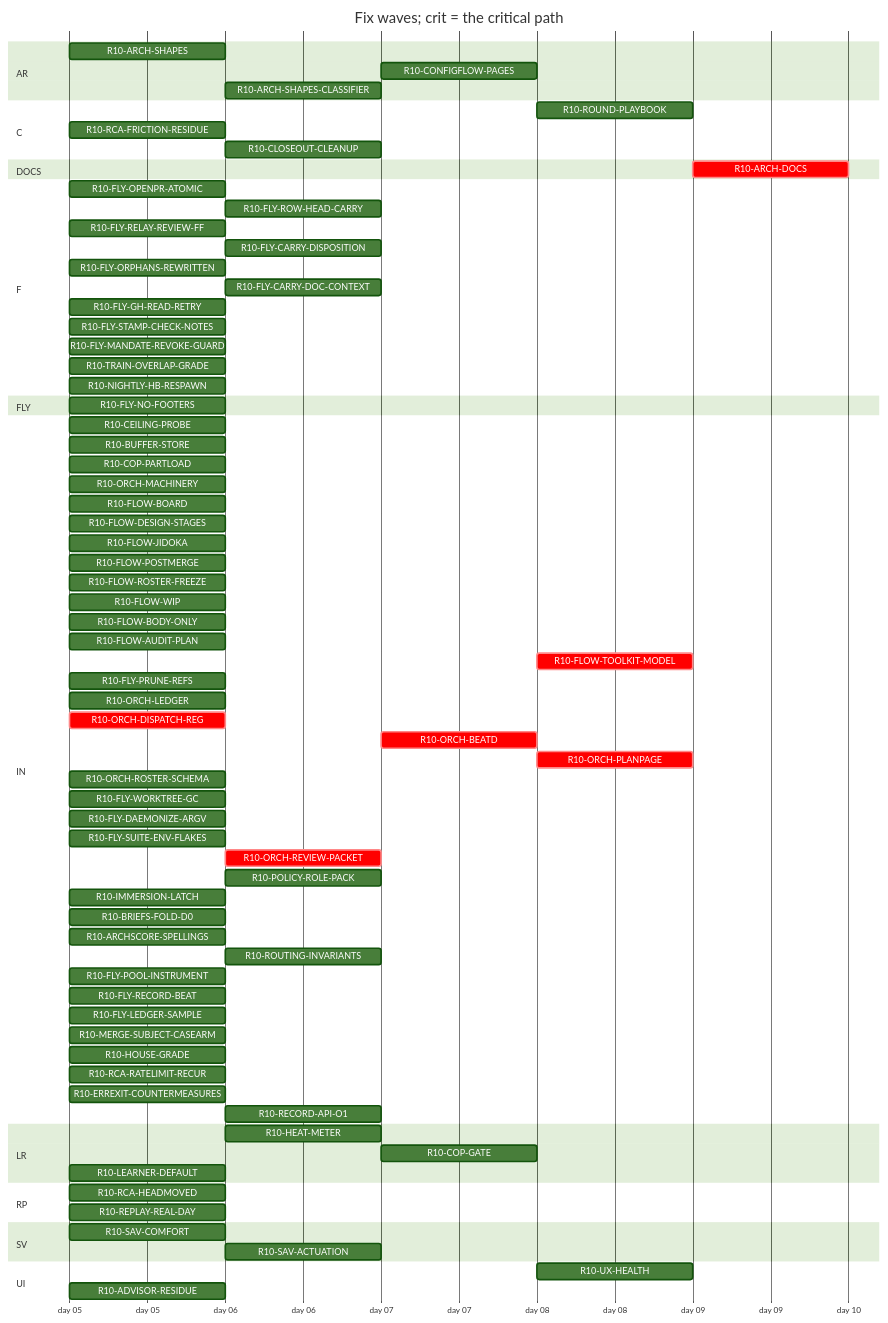
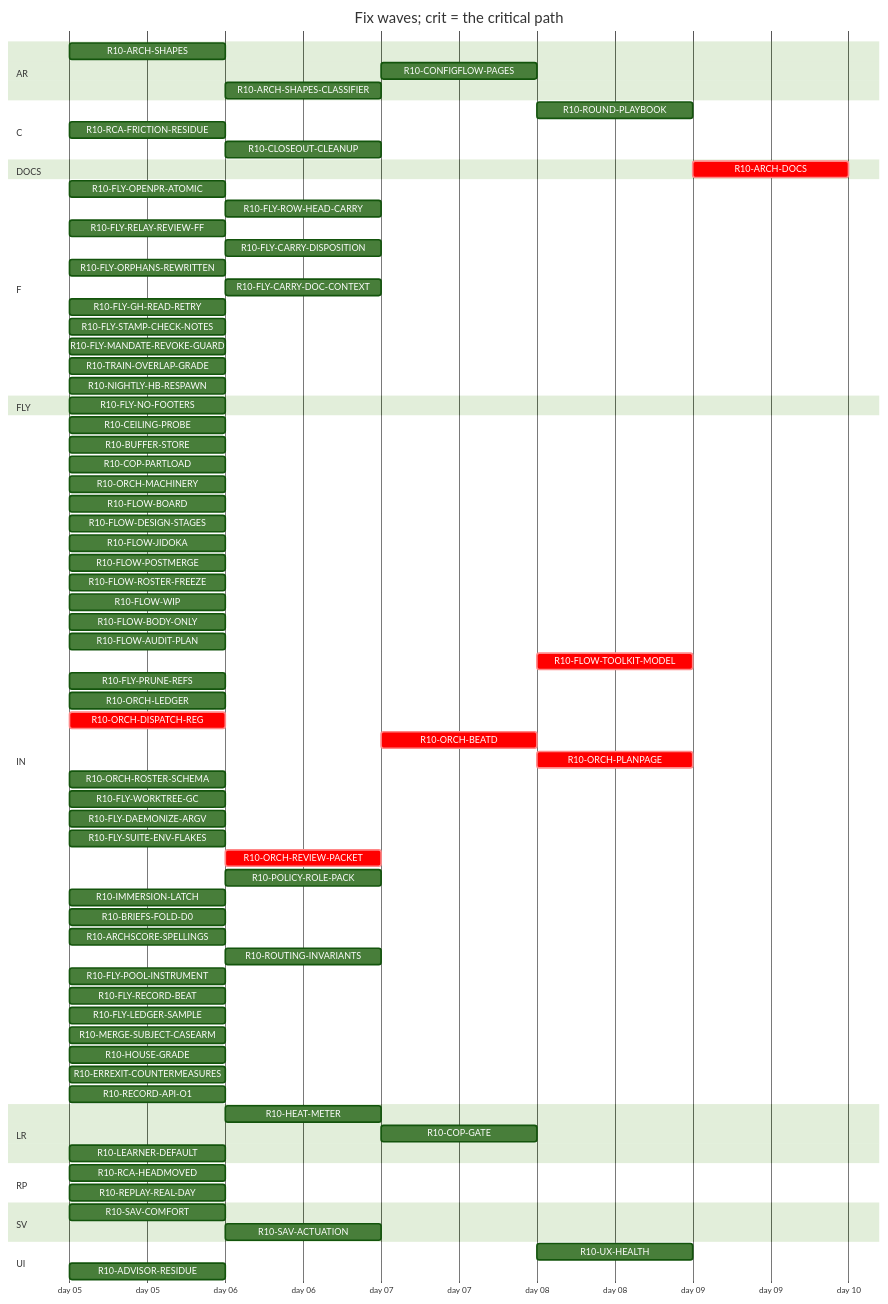
Before and after one commit to tvofi/heatpump_optimizer: the diagram in handoff/round10/state/PLAN-TABLE.md, drawn with Mermaid (forest theme). The commit also changed other lines of this file and 2 other files, not shown here.

````diff
--- a/handoff/round10/state/PLAN-TABLE.md
+++ b/handoff/round10/state/PLAN-TABLE.md
@@ -23,80 +23,79 @@
 ```mermaid
 gantt
   title Fix waves; crit = the critical path
   dateFormat YYYY-MM-DD
   axisFormat day %d
   section AR
     R10-ARCH-SHAPES :r10ARCHSHAPES, 2026-01-05, 1d
     R10-CONFIGFLOW-PAGES :r10CONFIGFLOWPAGES, after r10HEATMETER, 1d
     R10-ARCH-SHAPES-CLASSIFIER :r10ARCHSHAPESCLASSIFIER, after r10ARCHSHAPES, 1d
   section C
     R10-ROUND-PLAYBOOK :r10ROUNDPLAYBOOK, after r10FLOWAUDITPLAN r10ORCHLEDGER r10ORCHDISPATCHREG r10ORCHBEATD r10ORCHPLANPAGE r10FLYRELAYREVIEWFF r10FLOWROSTERFREEZE r10FLOWBODYONLY, 1d
     R10-RCA-FRICTION-RESIDUE :r10RCAFRICTIONRESIDUE, 2026-01-05, 1d
     R10-CLOSEOUT-CLEANUP :r10CLOSEOUTCLEANUP, after r10FLYPRUNEREFS r10FLYWORKTREEGC, 1d
   section DOCS
     R10-ARCH-DOCS :crit, r10ARCHDOCS, after r10ARCHSHAPES r10HEATMETER r10COPGATE r10UXHEALTH r10CONFIGFLOWPAGES r10RCAHEADMOVED r10SAVCOMFORT r10CEILINGPROBE r10BUFFERSTORE r10COPPARTLOAD r10LEARNERDEFAULT r10FLOWBOARD r10FLOWDESIGNSTAGES r10FLOWJIDOKA r10FLOWPOSTMERGE r10FLOWROSTERFREEZE r10FLOWWIP r10FLOWBODYONLY r10FLYOPENPRATOMIC r10FLYROWHEADCARRY r10FLOWAUDITPLAN r10FLYRELAYREVIEWFF r10FLYCARRYDISPOSITION r10FLYORPHANSREWRITTEN r10FLYCARRYDOCCONTEXT r10FLOWTOOLKITMODEL r10FLYSTAMPCHECKNOTES r10FLYMANDATEREVOKEGUARD r10RCAFRICTIONRESIDUE r10TRAINOVERLAPGRADE r10NIGHTLYHBRESPAWN r10FLYPRUNEREFS r10ORCHLEDGER r10ORCHDISPATCHREG r10ORCHBEATD r10ORCHPLANPAGE r10ORCHROSTERSCHEMA r10FLYWORKTREEGC r10FLYDAEMONIZEARGV r10ORCHREVIEWPACKET r10POLICYROLEPACK r10IMMERSIONLATCH r10ADVISORRESIDUE r10BRIEFSFOLDD0 r10REPLAYREALDAY r10ARCHSCORESPELLINGS r10SAVACTUATION r10FLYLEDGERSAMPLE, 1d
   section F
     R10-FLY-OPENPR-ATOMIC :r10FLYOPENPRATOMIC, 2026-01-05, 1d
     R10-FLY-ROW-HEAD-CARRY :r10FLYROWHEADCARRY, after r10FLYOPENPRATOMIC, 1d
     R10-FLY-RELAY-REVIEW-FF :r10FLYRELAYREVIEWFF, 2026-01-05, 1d
     R10-FLY-CARRY-DISPOSITION :r10FLYCARRYDISPOSITION, after r10FLYORPHANSREWRITTEN, 1d
     R10-FLY-ORPHANS-REWRITTEN :r10FLYORPHANSREWRITTEN, 2026-01-05, 1d
     R10-FLY-CARRY-DOC-CONTEXT :r10FLYCARRYDOCCONTEXT, after r10FLYGHREADRETRY, 1d
     R10-FLY-GH-READ-RETRY :r10FLYGHREADRETRY, 2026-01-05, 1d
     R10-FLY-STAMP-CHECK-NOTES :r10FLYSTAMPCHECKNOTES, 2026-01-05, 1d
     R10-FLY-MANDATE-REVOKE-GUARD :r10FLYMANDATEREVOKEGUARD, 2026-01-05, 1d
     R10-TRAIN-OVERLAP-GRADE :r10TRAINOVERLAPGRADE, 2026-01-05, 1d
     R10-NIGHTLY-HB-RESPAWN :r10NIGHTLYHBRESPAWN, 2026-01-05, 1d
   section FLY
     R10-FLY-NO-FOOTERS :r10FLYNOFOOTERS, 2026-01-05, 1d
   section IN
     R10-CEILING-PROBE :r10CEILINGPROBE, 2026-01-05, 1d
     R10-BUFFER-STORE :r10BUFFERSTORE, 2026-01-05, 1d
     R10-COP-PARTLOAD :r10COPPARTLOAD, 2026-01-05, 1d
     R10-ORCH-MACHINERY :r10ORCHMACHINERY, 2026-01-05, 1d
     R10-FLOW-BOARD :r10FLOWBOARD, 2026-01-05, 1d
     R10-FLOW-DESIGN-STAGES :r10FLOWDESIGNSTAGES, 2026-01-05, 1d
     R10-FLOW-JIDOKA :r10FLOWJIDOKA, 2026-01-05, 1d
     R10-FLOW-POSTMERGE :r10FLOWPOSTMERGE, 2026-01-05, 1d
     R10-FLOW-ROSTER-FREEZE :r10FLOWROSTERFREEZE, 2026-01-05, 1d
     R10-FLOW-WIP :r10FLOWWIP, 2026-01-05, 1d
     R10-FLOW-BODY-ONLY :r10FLOWBODYONLY, 2026-01-05, 1d
     R10-FLOW-AUDIT-PLAN :r10FLOWAUDITPLAN, 2026-01-05, 1d
     R10-FLOW-TOOLKIT-MODEL :crit, r10FLOWTOOLKITMODEL, after r10ORCHPLANPAGE, 1d
     R10-FLY-PRUNE-REFS :r10FLYPRUNEREFS, 2026-01-05, 1d
     R10-ORCH-LEDGER :r10ORCHLEDGER, 2026-01-05, 1d
     R10-ORCH-DISPATCH-REG :crit, r10ORCHDISPATCHREG, 2026-01-05, 1d
     R10-ORCH-BEATD :crit, r10ORCHBEATD, after r10ORCHDISPATCHREG r10ORCHREVIEWPACKET r10FLOWROSTERFREEZE, 1d
     R10-ORCH-PLANPAGE :crit, r10ORCHPLANPAGE, after r10ORCHBEATD, 1d
     R10-ORCH-ROSTER-SCHEMA :r10ORCHROSTERSCHEMA, 2026-01-05, 1d
     R10-FLY-WORKTREE-GC :r10FLYWORKTREEGC, 2026-01-05, 1d
     R10-FLY-DAEMONIZE-ARGV :r10FLYDAEMONIZEARGV, 2026-01-05, 1d
     R10-FLY-SUITE-ENV-FLAKES :r10FLYSUITEENVFLAKES, 2026-01-05, 1d
     R10-ORCH-REVIEW-PACKET :crit, r10ORCHREVIEWPACKET, after r10ORCHDISPATCHREG, 1d
     R10-POLICY-ROLE-PACK :r10POLICYROLEPACK, after r10FLOWDESIGNSTAGES, 1d
     R10-IMMERSION-LATCH :r10IMMERSIONLATCH, 2026-01-05, 1d
     R10-BRIEFS-FOLD-D0 :r10BRIEFSFOLDD0, 2026-01-05, 1d
     R10-ARCHSCORE-SPELLINGS :r10ARCHSCORESPELLINGS, 2026-01-05, 1d
     R10-ROUTING-INVARIANTS :r10ROUTINGINVARIANTS, after r10ORCHROSTERSCHEMA, 1d
     R10-FLY-POOL-INSTRUMENT :r10FLYPOOLINSTRUMENT, 2026-01-05, 1d
     R10-FLY-RECORD-BEAT :r10FLYRECORDBEAT, 2026-01-05, 1d
     R10-FLY-LEDGER-SAMPLE :r10FLYLEDGERSAMPLE, 2026-01-05, 1d
     R10-MERGE-SUBJECT-CASEARM :r10MERGESUBJECTCASEARM, 2026-01-05, 1d
     R10-HOUSE-GRADE :r10HOUSEGRADE, 2026-01-05, 1d
-    R10-RCA-RATELIMIT-RECUR :r10RCARATELIMITRECUR, 2026-01-05, 1d
     R10-ERREXIT-COUNTERMEASURES :r10ERREXITCOUNTERMEASURES, 2026-01-05, 1d
-    R10-RECORD-API-O1 :r10RECORDAPIO1, after r10RCARATELIMITRECUR, 1d
+    R10-RECORD-API-O1 :r10RECORDAPIO1, 2026-01-05, 1d
   section LR
     R10-HEAT-METER :r10HEATMETER, after r10ARCHSHAPES, 1d
     R10-COP-GATE :r10COPGATE, after r10HEATMETER, 1d
     R10-LEARNER-DEFAULT :r10LEARNERDEFAULT, 2026-01-05, 1d
   section RP
     R10-RCA-HEADMOVED :r10RCAHEADMOVED, 2026-01-05, 1d
     R10-REPLAY-REAL-DAY :r10REPLAYREALDAY, 2026-01-05, 1d
   section SV
     R10-SAV-COMFORT :r10SAVCOMFORT, 2026-01-05, 1d
     R10-SAV-ACTUATION :r10SAVACTUATION, after r10SAVCOMFORT, 1d
   section UI
     R10-UX-HEALTH :r10UXHEALTH, after r10COPGATE r10HEATMETER, 1d
     R10-ADVISOR-RESIDUE :r10ADVISORRESIDUE, 2026-01-05, 1d
 ```
````
